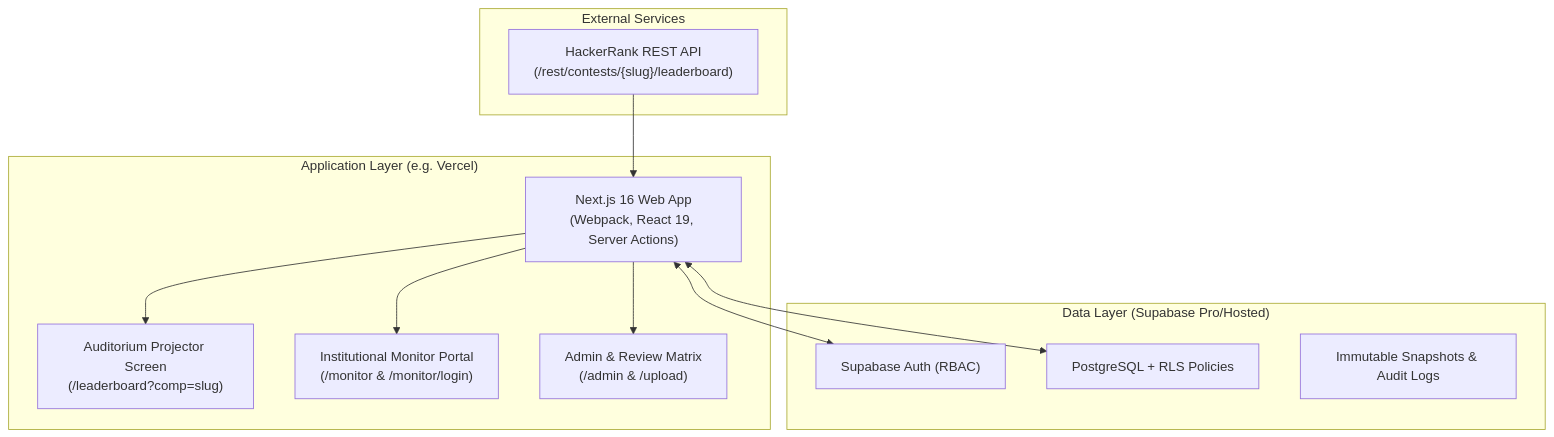
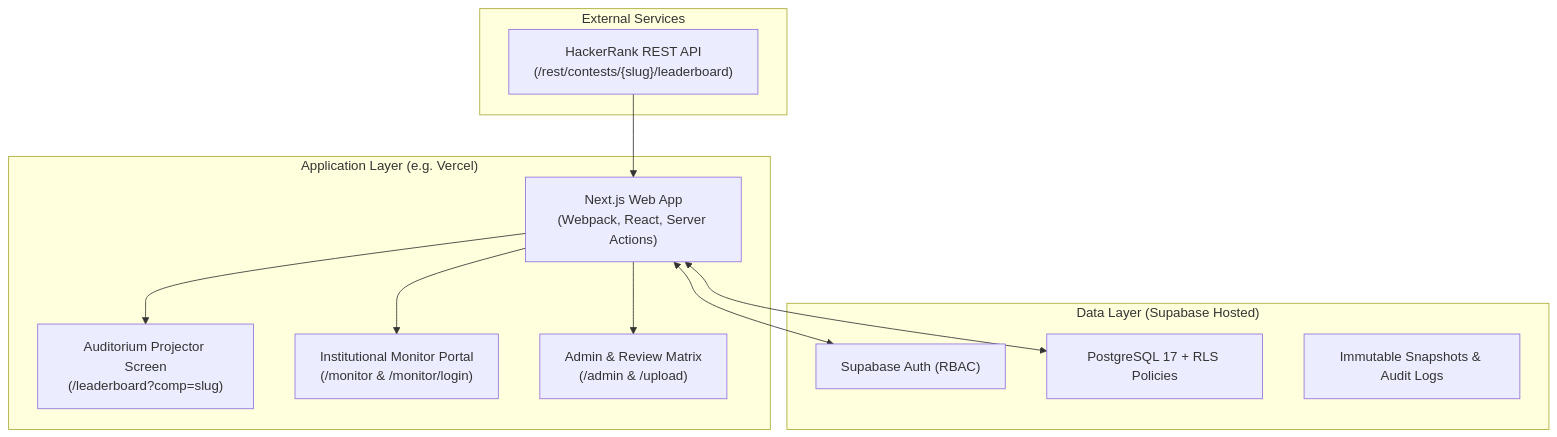
The diagram in docs/production-deployment-guide.md (toxicbishop/CodeClash-LeaderBoard), drawn with Mermaid before and after one commit. The commit also changed other lines of this file and 8 other files, not shown here.

````diff
--- a/docs/production-deployment-guide.md
+++ b/docs/production-deployment-guide.md
@@ -9,26 +9,26 @@
 ```mermaid
 flowchart TD
     subgraph External["External Services"]
         HR["HackerRank REST API<br/>(/rest/contests/{slug}/leaderboard)"]
     end
 
     subgraph Hosting["Application Layer (e.g. Vercel)"]
-        Next["Next.js 16 Web App<br/>(Webpack, React 19, Server Actions)"]
+        Next["Next.js Web App<br/>(Webpack, React, Server Actions)"]
         Proj["Auditorium Projector Screen<br/>(/leaderboard?comp=slug)"]
         Mon["Institutional Monitor Portal<br/>(/monitor & /monitor/login)"]
         Admin["Admin & Review Matrix<br/>(/admin & /upload)"]
     end
 
-    subgraph Database["Data Layer (Supabase Pro/Hosted)"]
+    subgraph Database["Data Layer (Supabase Hosted)"]
         Auth["Supabase Auth (RBAC)"]
-        Postgres["PostgreSQL + RLS Policies"]
+        Postgres["PostgreSQL 17 + RLS Policies"]
         Snapshots["Immutable Snapshots & Audit Logs"]
     end
 
     HR --> Next
     Next <--> Auth
     Next <--> Postgres
     Next --> Proj
     Next --> Mon
     Next --> Admin
 ```
````
